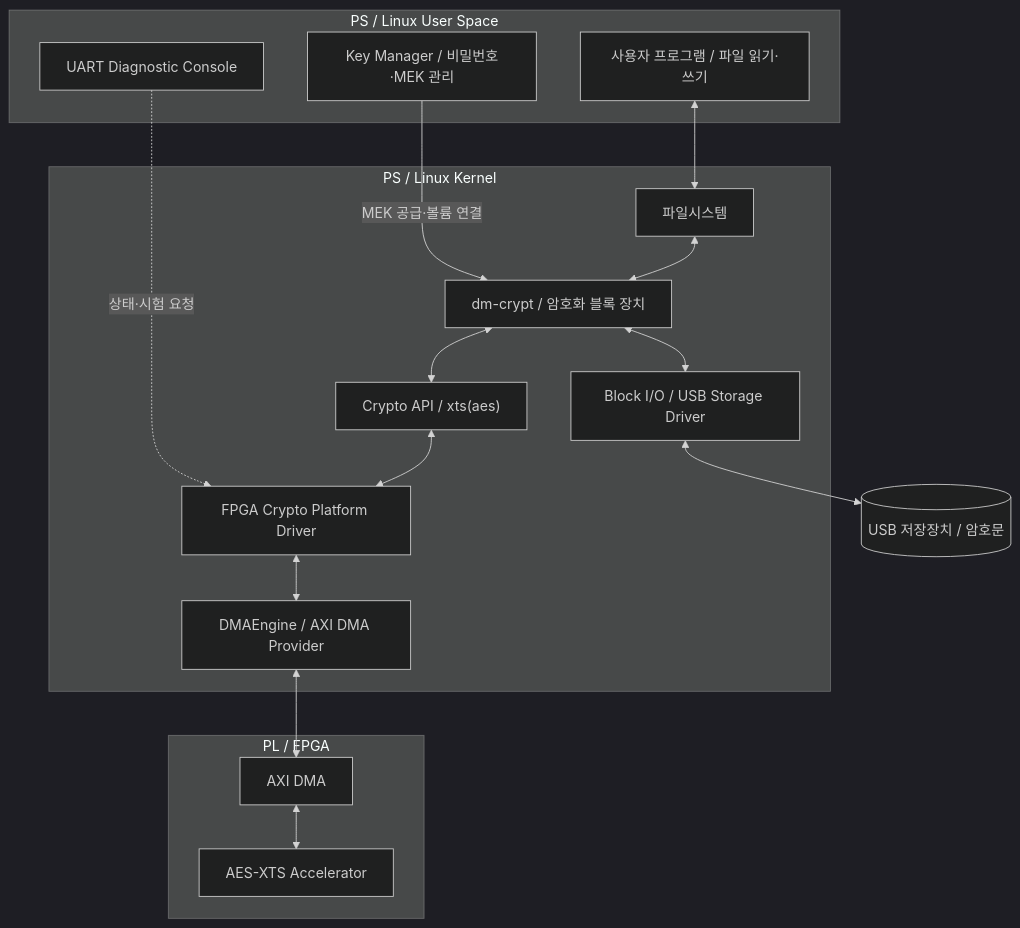
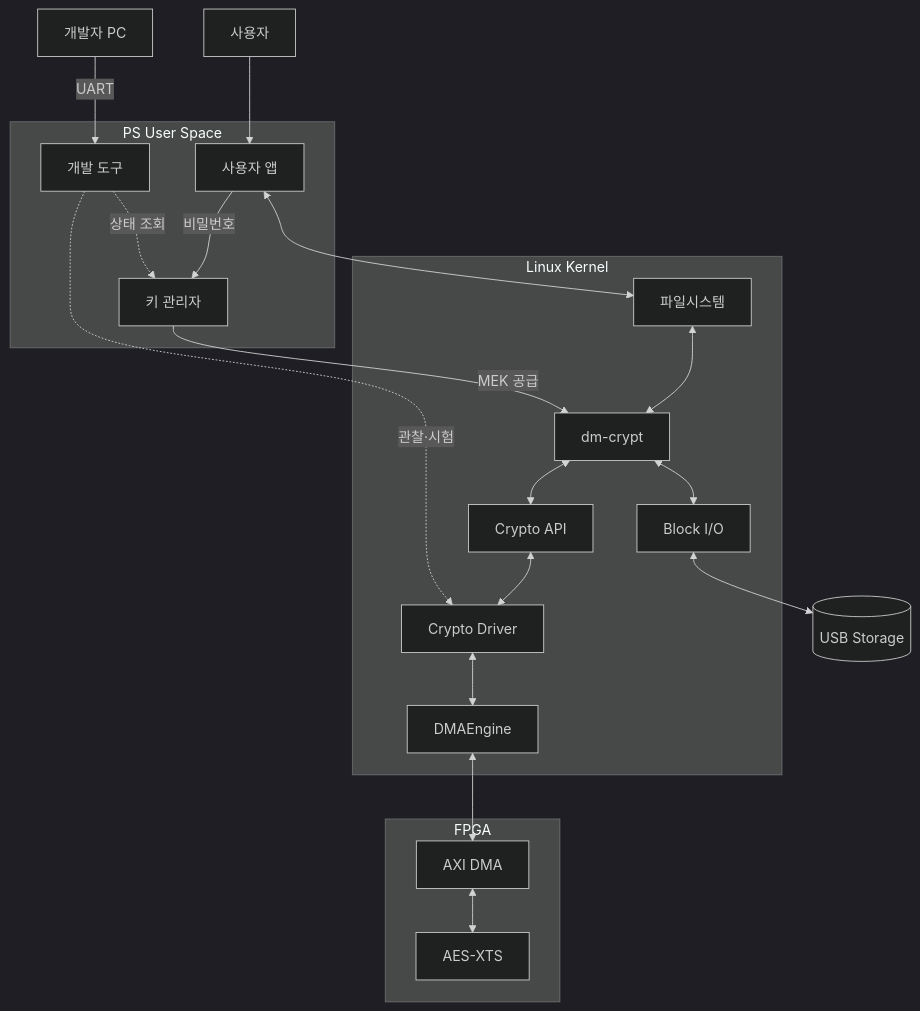
Before and after one commit to twotwoship/Assignment_Collection: the first of 4 diagrams in fpga_base_secure_storage_controller_datapath_proto/README.md, drawn with Mermaid (dark theme). The commit also changed other lines of this file, not shown here.

````diff
--- a/fpga_base_secure_storage_controller_datapath_proto/README.md
+++ b/fpga_base_secure_storage_controller_datapath_proto/README.md
@@ -82,32 +84,38 @@
 ```mermaid
 flowchart TB
-    subgraph US["PS / Linux User Space"]
-        APP["사용자 프로그램 / 파일 읽기·쓰기"]
-        KM["Key Manager / 비밀번호·MEK 관리"]
-        DIAG["UART Diagnostic Console"]
+    USER["사용자"]
+    DEV["개발자 PC"]
+    subgraph US["PS User Space"]
+        APP["사용자 앱"]
+        KM["키 관리자"]
+        DIAG["개발 도구"]
     end
-    subgraph KS["PS / Linux Kernel"]
+    subgraph KS["Linux Kernel"]
         FS["파일시스템"]
-        DM["dm-crypt / 암호화 블록 장치"]
-        API["Crypto API / xts(aes)"]
-        DRV["FPGA Crypto Platform Driver"]
-        DE["DMAEngine / AXI DMA Provider"]
-        IO["Block I/O / USB Storage Driver"]
+        DM["dm-crypt"]
+        API["Crypto API"]
+        DRV["Crypto Driver"]
+        DE["DMAEngine"]
+        IO["Block I/O"]
     end
-    subgraph PL["PL / FPGA"]
+    subgraph PL["FPGA"]
         DMA["AXI DMA"]
-        XTS["AES-XTS Accelerator"]
+        XTS["AES-XTS"]
     end
-    DISK[("USB 저장장치 / 암호문")]
+    DISK[("USB Storage")]
+    USER --> APP
+    APP -->|"비밀번호"| KM
+    DEV -->|"UART"| DIAG
     APP <--> FS
     FS <--> DM
     DM <--> API
     API <--> DRV
     DRV <--> DE
     DE <--> DMA
     DMA <--> XTS
     DM <--> IO
     IO <--> DISK
-    KM -->|"MEK 공급·볼륨 연결"| DM
-    DIAG -.->|"상태·시험 요청"| DRV
+    KM -->|"MEK 공급"| DM
+    DIAG -.->|"관찰·시험"| DRV
+    DIAG -.->|"상태 조회"| KM
 ```
````
